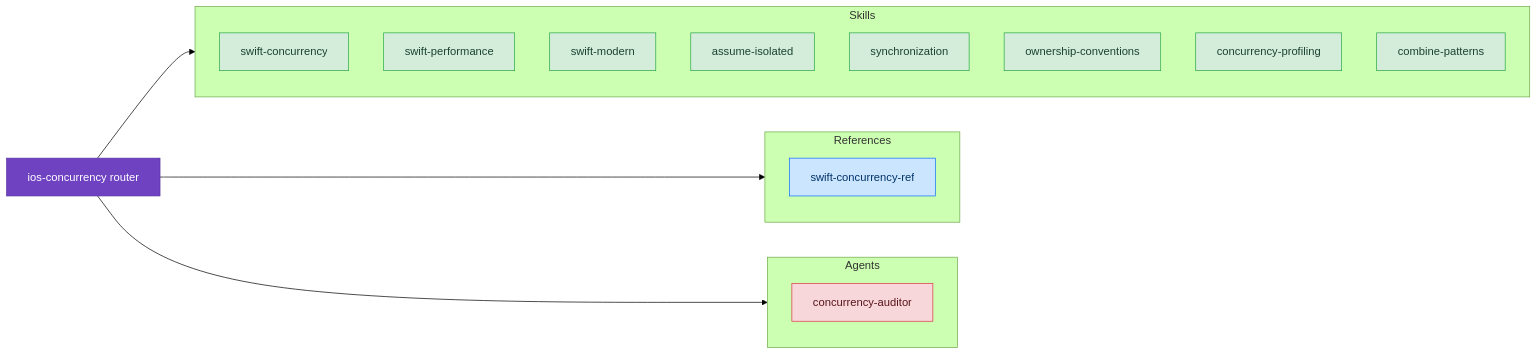
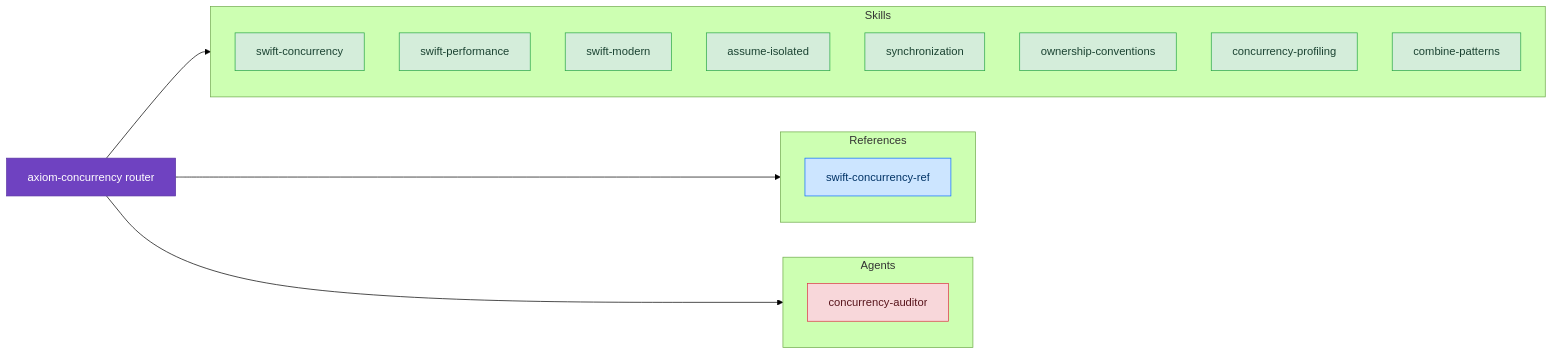
Before and after one commit to CharlesWiltgen/Axiom: the diagram in docs/skills/concurrency/index.md, drawn with Mermaid (forest theme). The commit also changed 11 other files, not shown here.

First line of the commit message:
fix(docs): replace all stale ios-* references with axiom-* names

````diff
--- a/docs/skills/concurrency/index.md
+++ b/docs/skills/concurrency/index.md
@@ -5,31 +5,31 @@
 ```mermaid
 flowchart LR
     classDef router fill:#6f42c1,stroke:#5a32a3,color:#fff
     classDef discipline fill:#d4edda,stroke:#28a745,color:#1b4332
     classDef reference fill:#cce5ff,stroke:#0d6efd,color:#003366
     classDef agent fill:#f8d7da,stroke:#dc3545,color:#58151c
 
-    axiom_ios_concurrency["ios-concurrency router"]:::router
+    axiom_concurrency["axiom-concurrency router"]:::router
 
     subgraph skills_d["Skills"]
         swift_concurrency["swift-concurrency"]:::discipline
         swift_performance["swift-performance"]:::discipline
         swift_modern["swift-modern"]:::discipline
         assume_isolated["assume-isolated"]:::discipline
         synchronization["synchronization"]:::discipline
         ownership_conventions["ownership-conventions"]:::discipline
         concurrency_profiling["concurrency-profiling"]:::discipline
         combine_patterns["combine-patterns"]:::discipline
     end
-    axiom_ios_concurrency --> skills_d
+    axiom_concurrency --> skills_d
 
     subgraph skills_r["References"]
         swift_concurrency_ref["swift-concurrency-ref"]:::reference
     end
-    axiom_ios_concurrency --> skills_r
+    axiom_concurrency --> skills_r
 
     subgraph agents_sg["Agents"]
         agent_ca["concurrency-auditor"]:::agent
     end
-    axiom_ios_concurrency --> agents_sg
+    axiom_concurrency --> agents_sg
 ```
````
